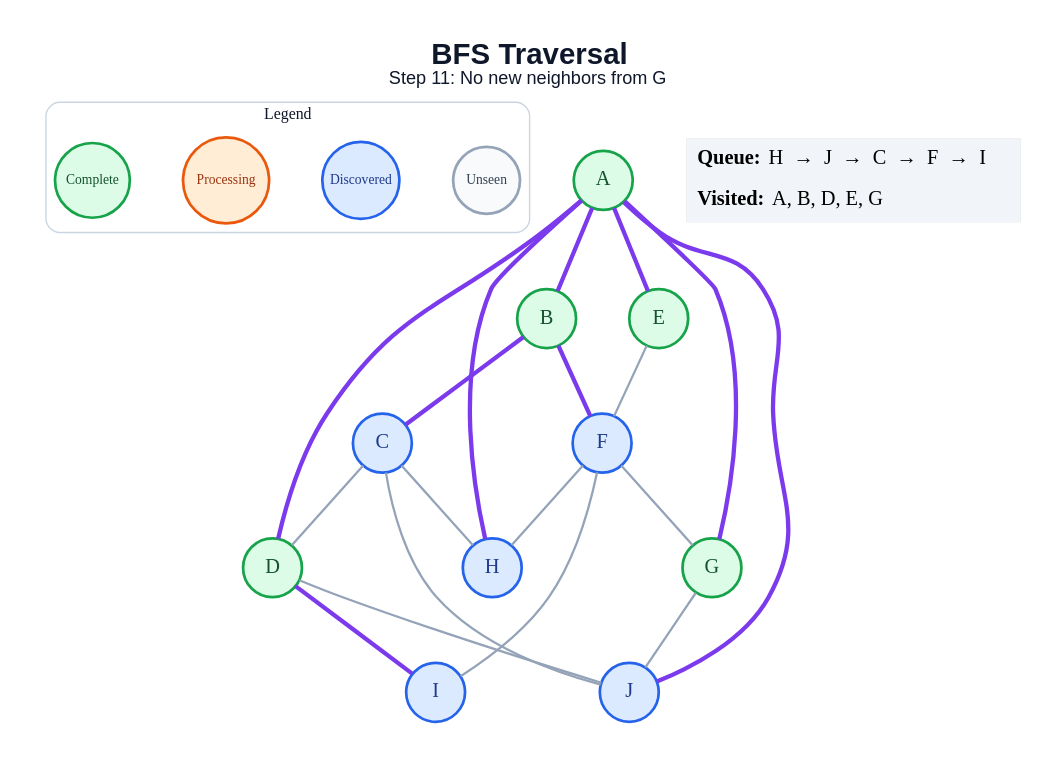
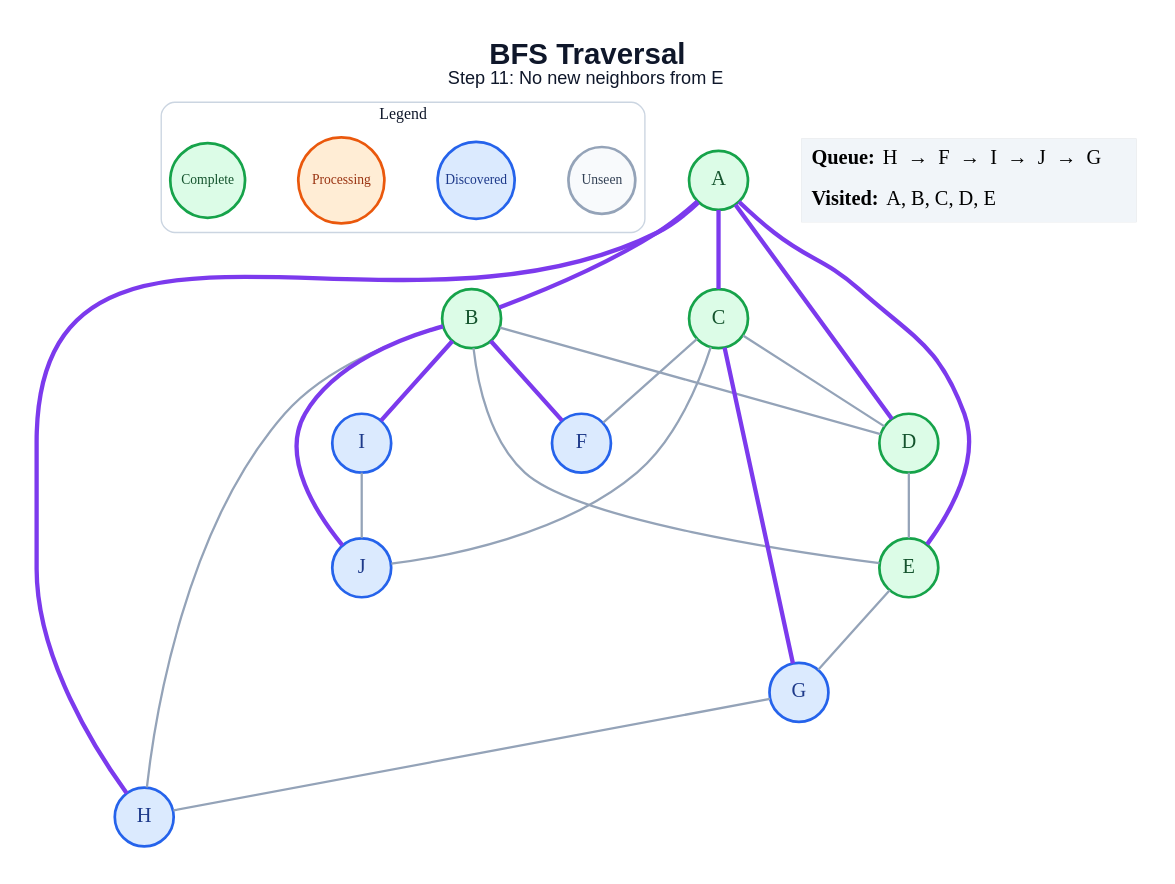
One commit to anon7238593-create/ai-slop changed the diagram in generated/bfs/step_11.dot. Above: the diagram before and after it, drawn with Graphviz. The commit also changed 178 other files, not shown here.

```diff
--- a/generated/bfs/step_11.dot
+++ b/generated/bfs/step_11.dot
@@ -1,47 +1,48 @@
 graph traversal {
   graph [layout=dot, rankdir=TB, bgcolor="#FFFFFF", pad="0.35", nodesep="0.65", ranksep="0.8", fontname="Arial"];
   node [shape=circle, style="filled", fontname="Arial Bold", fontsize=18, width=0.72, fixedsize=true, penwidth=2.4];
   edge [color="#94A3B8", penwidth=2.0];
-  label=<<B>BFS Traversal</B><BR/><FONT POINT-SIZE="16">Step 11: No new neighbors from G</FONT>>; labelloc="t"; fontsize=26; fontname="Arial"; fontcolor="#0F172A";
+  label=<<B>BFS Traversal</B><BR/><FONT POINT-SIZE="16">Step 11: No new neighbors from E</FONT>>; labelloc="t"; fontsize=26; fontname="Arial"; fontcolor="#0F172A";
   subgraph cluster_legend { label="Legend"; color="#CBD5E1"; penwidth=1.2; style="rounded"; fontsize=14; fontname="Arial Bold";
     key_unseen [label="Unseen", fillcolor="#F8FAFC", color="#94A3B8", fontcolor="#334155", fontsize=12, width=0.82];
     key_frontier [label="Discovered", fillcolor="#DBEAFE", color="#2563EB", fontcolor="#1E3A8A", fontsize=12, width=0.95];
     key_current [label="Processing", fillcolor="#FFEDD5", color="#EA580C", fontcolor="#9A3412", fontsize=12, width=1.05];
     key_done [label="Complete", fillcolor="#DCFCE7", color="#16A34A", fontcolor="#14532D", fontsize=12, width=0.92];
     { rank=same; key_unseen; key_frontier; key_current; key_done; }
   }
   A [fillcolor="#DCFCE7", color="#16A34A", fontcolor="#14532D"];
   B [fillcolor="#DCFCE7", color="#16A34A", fontcolor="#14532D"];
-  C [fillcolor="#DBEAFE", color="#2563EB", fontcolor="#1E3A8A"];
+  C [fillcolor="#DCFCE7", color="#16A34A", fontcolor="#14532D"];
   D [fillcolor="#DCFCE7", color="#16A34A", fontcolor="#14532D"];
   E [fillcolor="#DCFCE7", color="#16A34A", fontcolor="#14532D"];
   F [fillcolor="#DBEAFE", color="#2563EB", fontcolor="#1E3A8A"];
-  G [fillcolor="#DCFCE7", color="#16A34A", fontcolor="#14532D"];
+  G [fillcolor="#DBEAFE", color="#2563EB", fontcolor="#1E3A8A"];
   H [fillcolor="#DBEAFE", color="#2563EB", fontcolor="#1E3A8A"];
   I [fillcolor="#DBEAFE", color="#2563EB", fontcolor="#1E3A8A"];
   J [fillcolor="#DBEAFE", color="#2563EB", fontcolor="#1E3A8A"];
   A -- B [color="#7C3AED", penwidth=3.8];
+  A -- C [color="#7C3AED", penwidth=3.8];
   A -- D [color="#7C3AED", penwidth=3.8];
   A -- E [color="#7C3AED", penwidth=3.8];
-  A -- G [color="#7C3AED", penwidth=3.8];
   A -- H [color="#7C3AED", penwidth=3.8];
-  A -- J [color="#7C3AED", penwidth=3.8];
-  B -- C [color="#7C3AED", penwidth=3.8];
+  B -- D;
+  B -- E;
   B -- F [color="#7C3AED", penwidth=3.8];
+  B -- H;
+  B -- I [color="#7C3AED", penwidth=3.8];
+  B -- J [color="#7C3AED", penwidth=3.8];
   C -- D;
-  C -- H;
+  C -- F;
+  C -- G [color="#7C3AED", penwidth=3.8];
   C -- J;
-  D -- I [color="#7C3AED", penwidth=3.8];
-  D -- J;
-  E -- F;
-  F -- G;
-  F -- H;
-  F -- I;
-  G -- J;
+  D -- E;
+  E -- G;
+  G -- H;
+  I -- J;
   status [shape=plain, fixedsize=false, width=0, height=0, margin=0, label=<
     <TABLE BORDER="0" CELLBORDER="0" CELLPADDING="7" BGCOLOR="#F1F5F9">
-      <TR><TD ALIGN="LEFT"><B>Queue:</B> H  →  J  →  C  →  F  →  I</TD></TR>
-      <TR><TD ALIGN="LEFT"><B>Visited:</B> A, B, D, E, G</TD></TR>
+      <TR><TD ALIGN="LEFT"><B>Queue:</B> H  →  F  →  I  →  J  →  G</TD></TR>
+      <TR><TD ALIGN="LEFT"><B>Visited:</B> A, B, C, D, E</TD></TR>
     </TABLE>
   >];
 }
```
